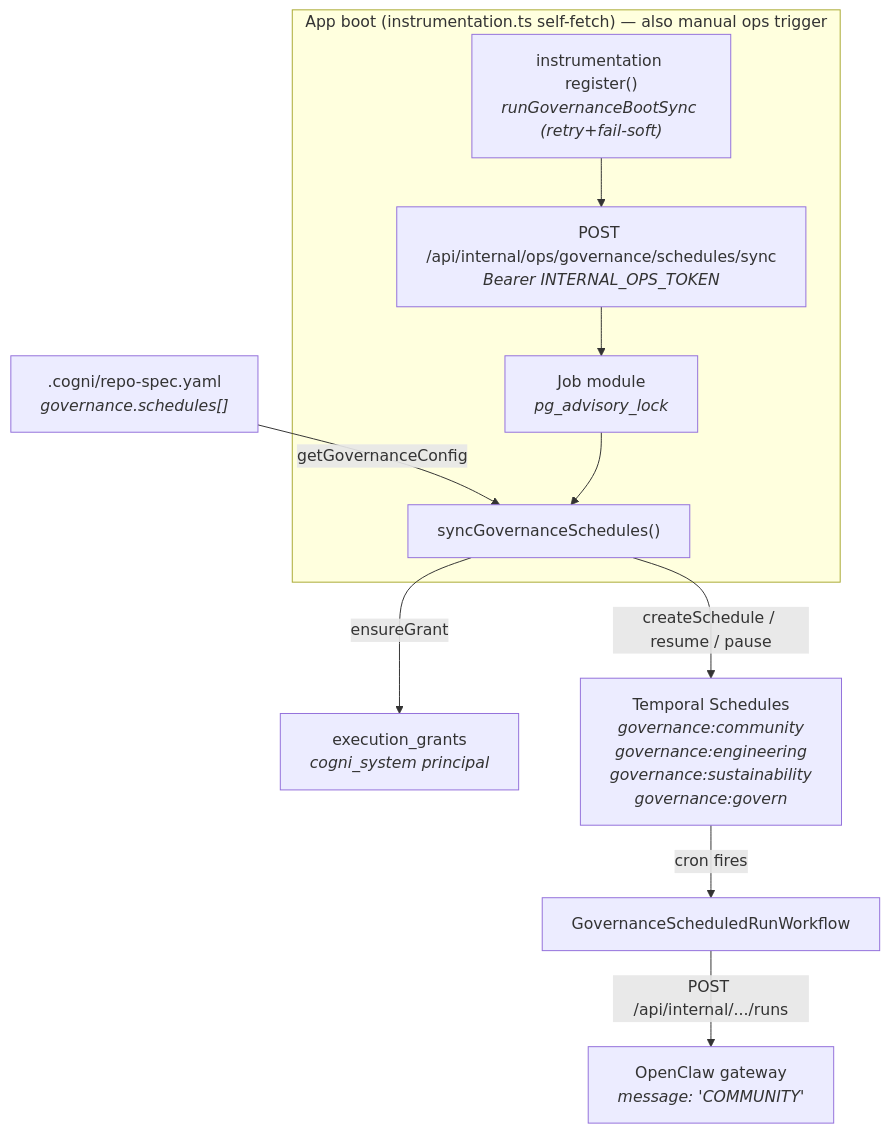
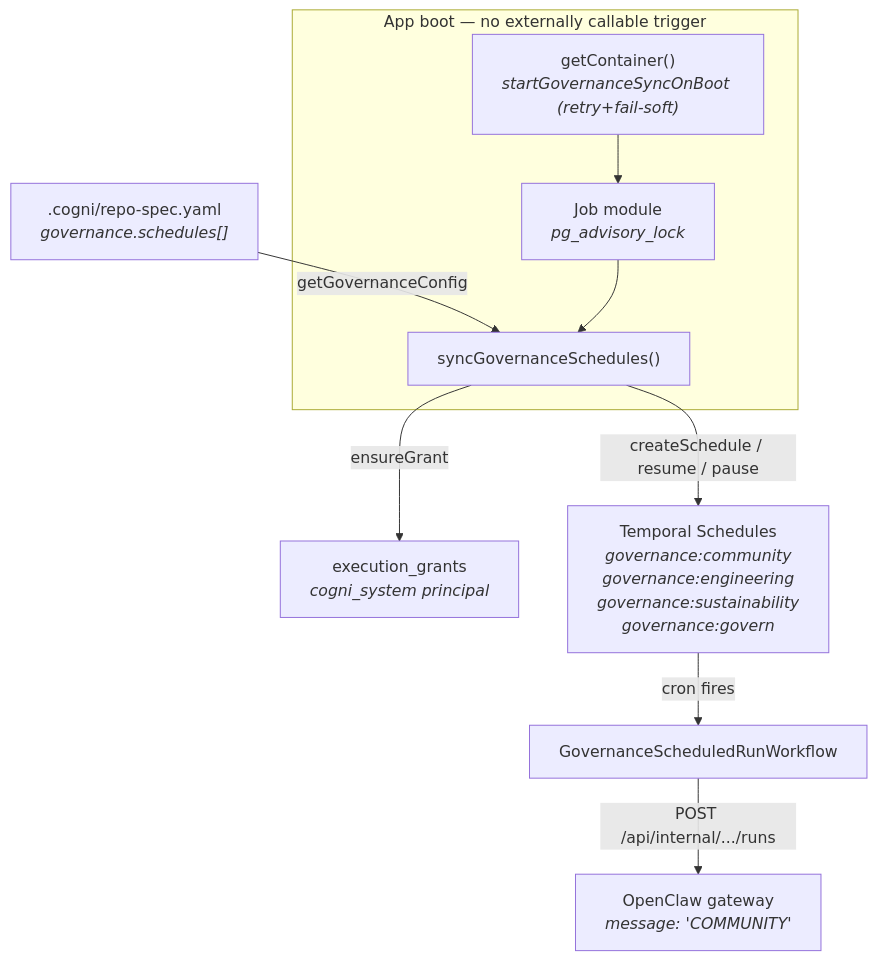
The first of 2 diagrams in docs/spec/governance-scheduling.md (cogni-dao/cogni), drawn with Mermaid before and after one commit. The commit also changed other lines of this file and 69 other files, not shown here.

Commit message:
feat(auth): replace internal ops bearer with node RBAC actions

````diff
--- a/docs/spec/governance-scheduling.md
+++ b/docs/spec/governance-scheduling.md
@@ -30,15 +30,14 @@
 ```mermaid
 flowchart TD
     RS[".cogni/repo-spec.yaml<br/><i>governance.schedules[]</i>"] -->|getGovernanceConfig| SYNC
 
-    subgraph "App boot (instrumentation.ts self-fetch) — also manual ops trigger"
-        BOOT["instrumentation register()<br/><i>runGovernanceBootSync (retry+fail-soft)</i>"] --> OPS["POST /api/internal/ops/governance/schedules/sync<br/><i>Bearer INTERNAL_OPS_TOKEN</i>"]
-        OPS --> JOB["Job module<br/><i>pg_advisory_lock</i>"]
+    subgraph "App boot — no externally callable trigger"
+        BOOT["getContainer()<br/><i>startGovernanceSyncOnBoot (retry+fail-soft)</i>"] --> JOB["Job module<br/><i>pg_advisory_lock</i>"]
         JOB --> SYNC["syncGovernanceSchedules()"]
     end
 
     SYNC -->|ensureGrant| GRANT["execution_grants<br/><i>cogni_system principal</i>"]
     SYNC -->|createSchedule / resume / pause| TEMPORAL["Temporal Schedules<br/><i>governance:community</i><br/><i>governance:engineering</i><br/><i>governance:sustainability</i><br/><i>governance:govern</i>"]
     TEMPORAL -->|cron fires| WF["GovernanceScheduledRunWorkflow"]
     WF -->|POST /api/internal/.../runs| GW["OpenClaw gateway<br/><i>message: 'COMMUNITY'</i>"]
 ```
````
